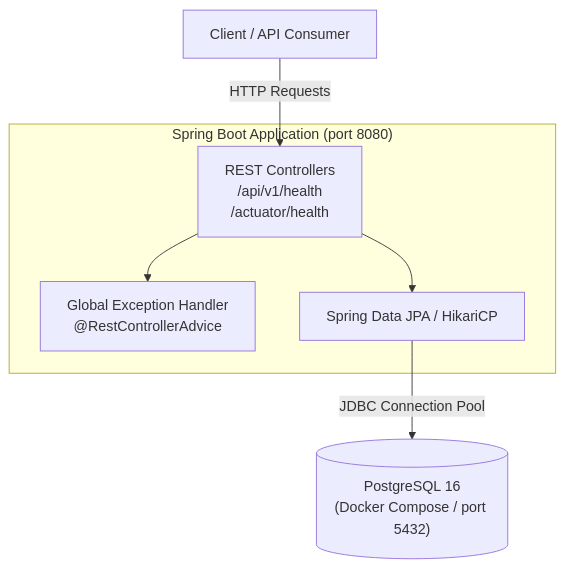
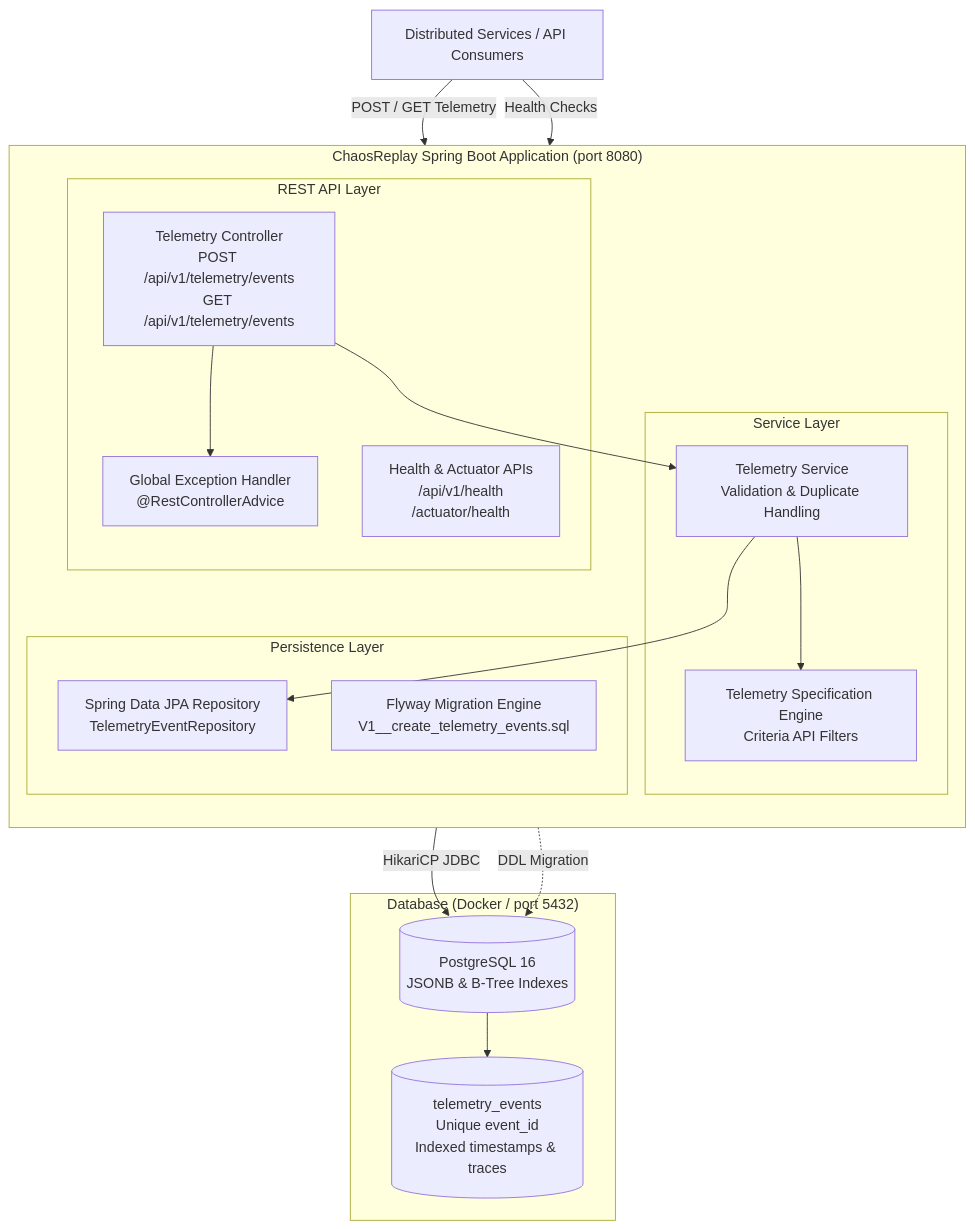
The diagram in README.md (mohammedbilal09/chaos-replay), drawn with Mermaid before and after one commit. The commit also changed other lines of this file and 21 other files, not shown here.

````diff
--- a/README.md
+++ b/README.md
@@ -44,18 +44,39 @@
 ```mermaid
 flowchart TD
-    Client["Client / API Consumer"]
+    Client["Distributed Services / API Consumers"]
     
-    subgraph SpringBootApp["Spring Boot Application (port 8080)"]
-        API["REST Controllers<br/>/api/v1/health<br/>/actuator/health"]
-        ExceptionHandler["Global Exception Handler<br/>@RestControllerAdvice"]
-        JPA["Spring Data JPA / HikariCP"]
+    subgraph SpringBootApp["ChaosReplay Spring Boot Application (port 8080)"]
+        direction TB
+        subgraph APILayer["REST API Layer"]
+            HealthAPI["Health & Actuator APIs<br/>/api/v1/health<br/>/actuator/health"]
+            TelemetryAPI["Telemetry Controller<br/>POST /api/v1/telemetry/events<br/>GET /api/v1/telemetry/events"]
+            GlobalHandler["Global Exception Handler<br/>@RestControllerAdvice"]
+        end
         
-        API --> ExceptionHandler
-        API --> JPA
+        subgraph ServiceLayer["Service Layer"]
+            TelemetrySvc["Telemetry Service<br/>Validation & Duplicate Handling"]
+            QuerySpecs["Telemetry Specification Engine<br/>Criteria API Filters"]
+        end
+        
+        subgraph PersistenceLayer["Persistence Layer"]
+            Repo["Spring Data JPA Repository<br/>TelemetryEventRepository"]
+            Flyway["Flyway Migration Engine<br/>V1__create_telemetry_events.sql"]
+        end
+        
+        TelemetryAPI --> GlobalHandler
+        TelemetryAPI --> TelemetrySvc
+        TelemetrySvc --> QuerySpecs
+        TelemetrySvc --> Repo
     end
     
-    Postgres[("PostgreSQL 16<br/>(Docker Compose / port 5432)")]
+    subgraph Storage["Database (Docker / port 5432)"]
+        Postgres[("PostgreSQL 16<br/>JSONB & B-Tree Indexes")]
+        EventsTable[("telemetry_events<br/>Unique event_id<br/>Indexed timestamps & traces")]
+    end
     
-    Client -->|"HTTP Requests"| API
-    JPA -->|"JDBC Connection Pool"| Postgres
+    Client -->|"POST / GET Telemetry"| TelemetryAPI
+    Client -->|"Health Checks"| HealthAPI
+    Repo -->|"HikariCP JDBC"| Postgres
+    Flyway -.->|"DDL Migration"| Postgres
+    Postgres --> EventsTable
 ```
````
